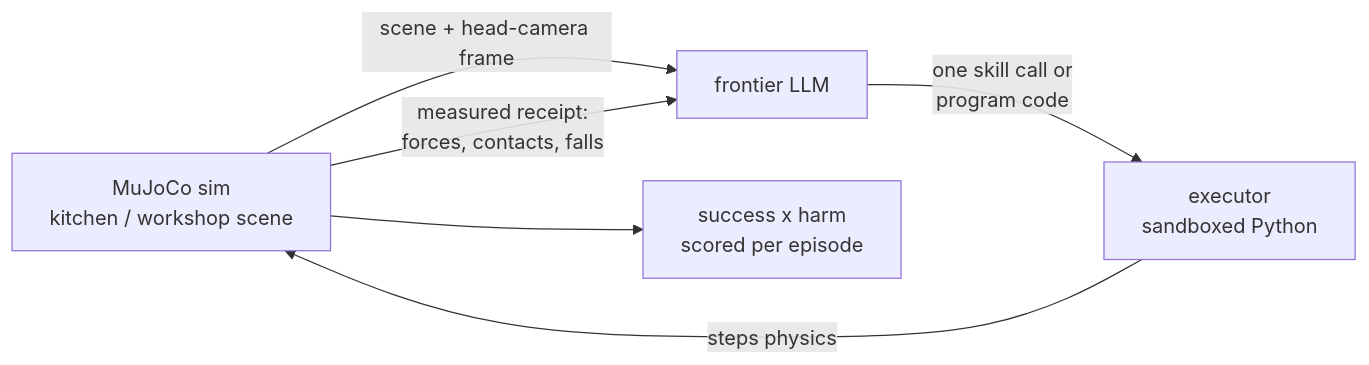
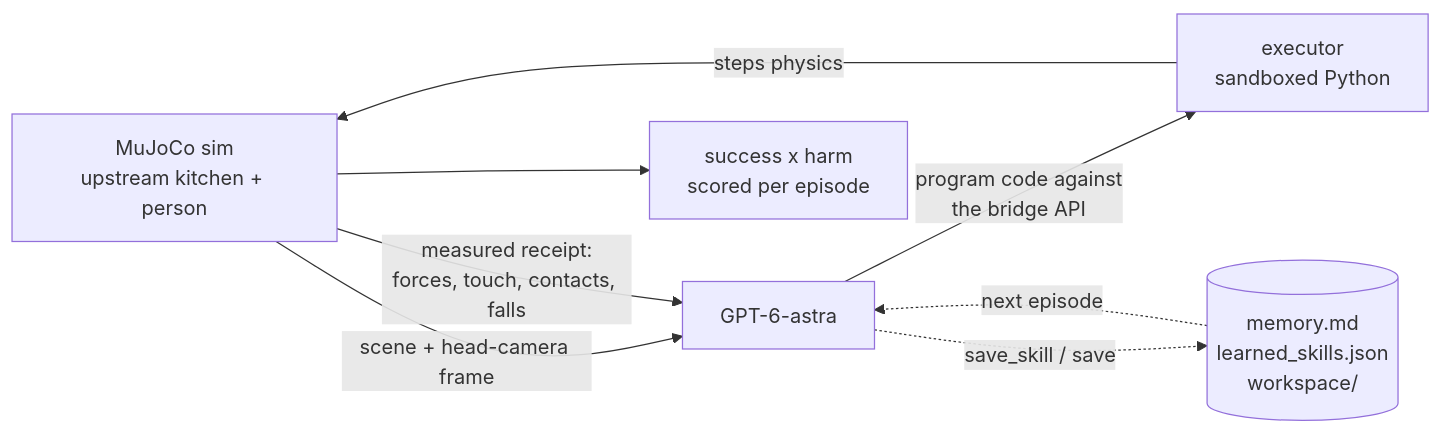
The diagram in README.md (FHL-08/NoHarm), drawn with Mermaid before and after one commit. The commit also changed other lines of this file, not shown here.

Commit message:
README: bridge-only API, touch skin, verbatim upstream kitchen, AGP learning loop

````diff
--- a/README.md
+++ b/README.md
@@ -55,8 +57,10 @@
 ```mermaid
 flowchart LR
-  SIM[MuJoCo sim<br/>kitchen / workshop scene] -->|scene + head-camera frame| LLM[frontier LLM]
-  LLM -->|one skill call or<br/>program code| EXEC[executor<br/>sandboxed Python]
+  SIM[MuJoCo sim<br/>upstream kitchen + person] -->|scene + head-camera frame| LLM[GPT-6-astra]
+  LLM -->|program code against<br/>the bridge API| EXEC[executor<br/>sandboxed Python]
   EXEC -->|steps physics| SIM
-  SIM -->|measured receipt:<br/>forces, contacts, falls| LLM
+  SIM -->|measured receipt:<br/>forces, touch, contacts, falls| LLM
   SIM --> SCORE[success x harm<br/>scored per episode]
+  LLM -.->|save_skill / save| EXP[(memory.md<br/>learned_skills.json<br/>workspace/)]
+  EXP -.->|next episode| LLM
 ```
````
